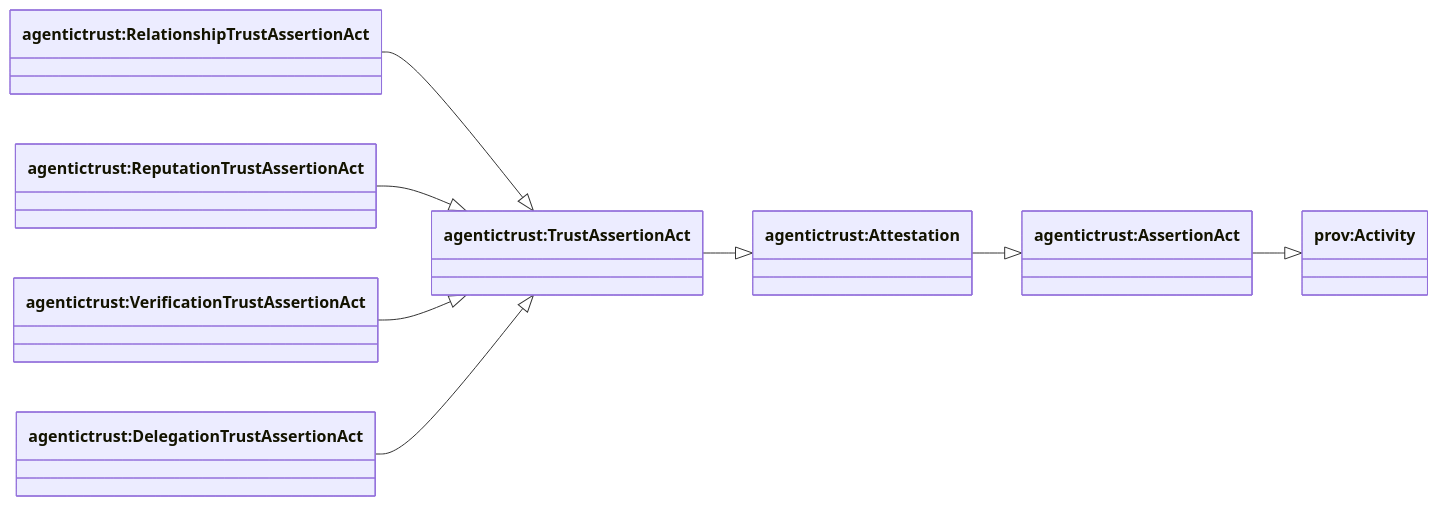
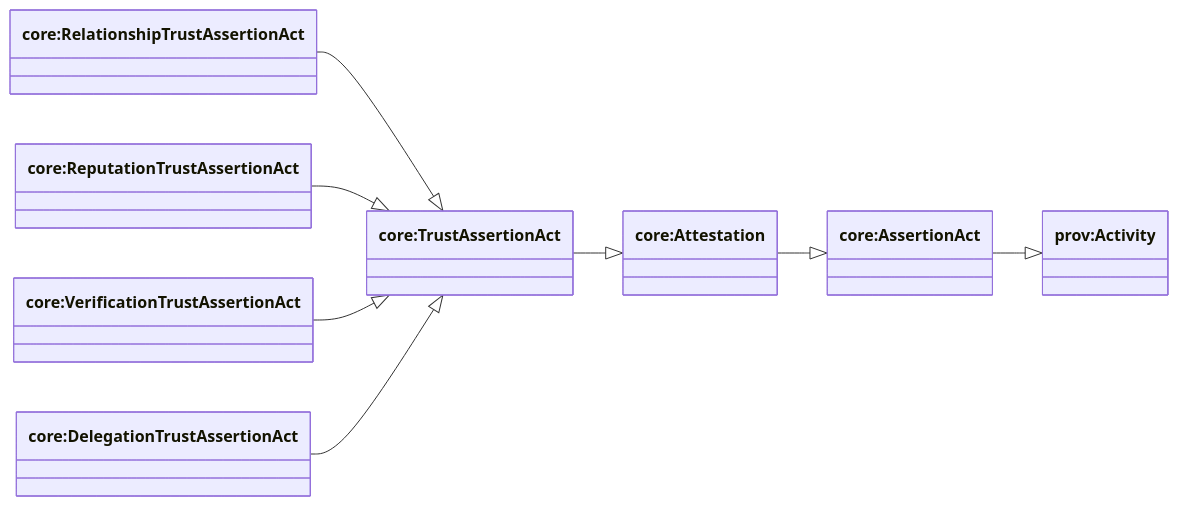
The second of 9 diagrams in docs/ontology/situation.md (Agentic-Trust-Layer/agent-explorer), drawn with Mermaid before and after one commit. The commit also changed other lines of this file and 49 other files, not shown here.

````diff
--- a/docs/ontology/situation.md
+++ b/docs/ontology/situation.md
@@ -67,21 +67,21 @@
 ```mermaid
 classDiagram
 direction LR
 
 class provActivity["prov:Activity"]
-class AssertionAct["agentictrust:AssertionAct"]
-class Attestation["agentictrust:Attestation"]
-class TrustAssertionAct["agentictrust:TrustAssertionAct"]
-class RelationshipAssertionAct["agentictrust:RelationshipTrustAssertionAct"]
-class ReputationAssertionAct["agentictrust:ReputationTrustAssertionAct"]
-class VerificationAssertionAct["agentictrust:VerificationTrustAssertionAct"]
-class DelegationAssertionAct["agentictrust:DelegationTrustAssertionAct"]
+class AssertionAct["core:AssertionAct"]
+class Attestation["core:Attestation"]
+class TrustAssertionAct["core:TrustAssertionAct"]
+class RelationshipAssertionAct["core:RelationshipTrustAssertionAct"]
+class ReputationAssertionAct["core:ReputationTrustAssertionAct"]
+class VerificationAssertionAct["core:VerificationTrustAssertionAct"]
+class DelegationAssertionAct["core:DelegationTrustAssertionAct"]
 
 AssertionAct --|> provActivity
 Attestation --|> AssertionAct
 TrustAssertionAct --|> Attestation
 RelationshipAssertionAct --|> TrustAssertionAct
 ReputationAssertionAct --|> TrustAssertionAct
 VerificationAssertionAct --|> TrustAssertionAct
 DelegationAssertionAct --|> TrustAssertionAct
 ```
````
